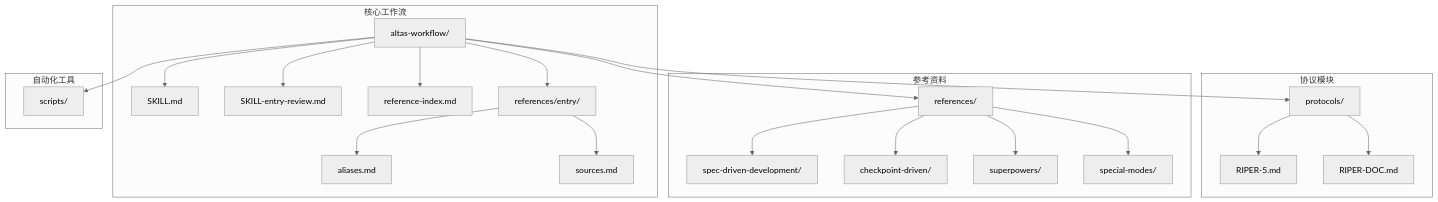
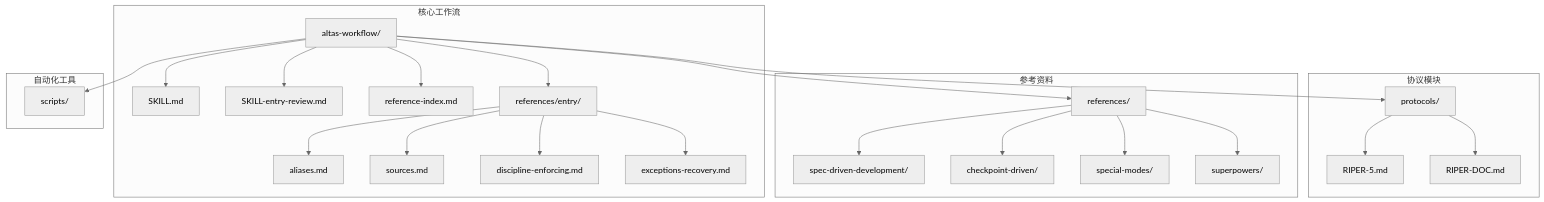
One commit to AngelWings1997/altas changed the first of 17 diagrams in .qoder/repowiki/zh/content/Altas Workflow Core/Altas Workflow Core.md. Above: the diagram before and after it, drawn with Mermaid (neutral theme). The commit also changed other lines of this file and 9 other files, not shown here.

````diff
--- a/.qoder/repowiki/zh/content/Altas Workflow Core/Altas Workflow Core.md
+++ b/.qoder/repowiki/zh/content/Altas Workflow Core/Altas Workflow Core.md
@@ -70,26 +73,28 @@
 ```mermaid
 graph TB
 subgraph "核心工作流"
 A[altas-workflow/] --> B[SKILL.md]
 A --> C[SKILL-entry-review.md]
 A --> D[reference-index.md]
 A --> E[references/entry/]
 E --> F[aliases.md]
 E --> G[sources.md]
+E --> H[discipline-enforcing.md]
+E --> I[exceptions-recovery.md]
 end
 subgraph "协议模块"
-A --> H[protocols/]
-H --> I[RIPER-5.md]
-H --> J[RIPER-DOC.md]
+A --> J[protocols/]
+J --> K[RIPER-5.md]
+J --> L[RIPER-DOC.md]
 end
 subgraph "参考资料"
-A --> K[references/]
-K --> L[spec-driven-development/]
-K --> M[checkpoint-driven/]
-K --> N[superpowers/]
-K --> O[special-modes/]
+A --> M[references/]
+M --> N[spec-driven-development/]
+M --> O[checkpoint-driven/]
+M --> P[special-modes/]
+M --> Q[superpowers/]
 end
 subgraph "自动化工具"
-A --> P[scripts/]
+A --> R[scripts/]
 end
 ```
````
